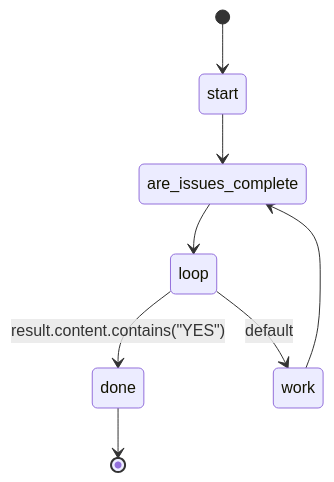
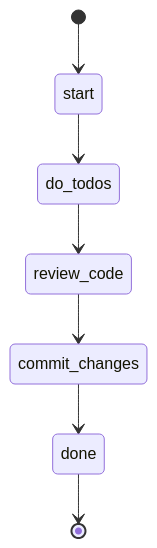
One commit to swissarmyhammer/swissarmyhammer changed the diagram in builtin/workflows/implement.md. Above: the diagram before and after it, drawn with Mermaid. The commit also changed other lines of this file and 897 other files, not shown here.

````diff
--- a/builtin/workflows/implement.md
+++ b/builtin/workflows/implement.md
@@ -10,10 +10,9 @@
 ```mermaid
 stateDiagram-v2
     [*] --> start
-    start --> are_issues_complete
-    are_issues_complete --> loop
-    loop --> done: result.content.contains("YES")
-    loop --> work: default
-    work --> are_issues_complete
+    start --> do_todos
+    do_todos --> review_code
+    review_code --> commit_changes
+    commit_changes --> done
     done --> [*]
 ```
````
